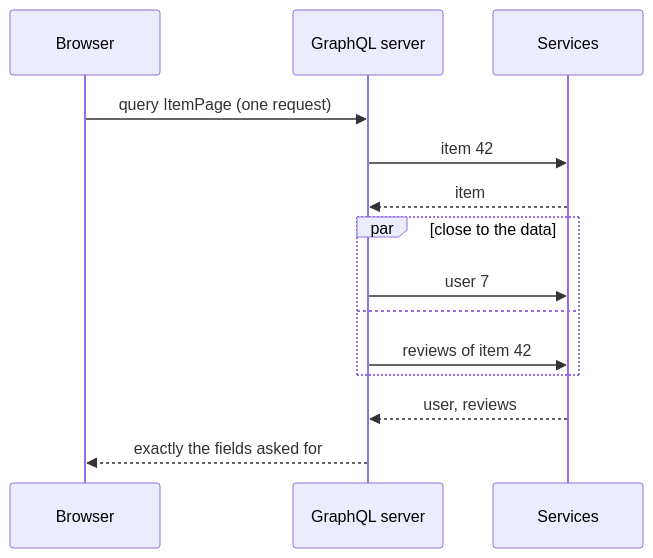
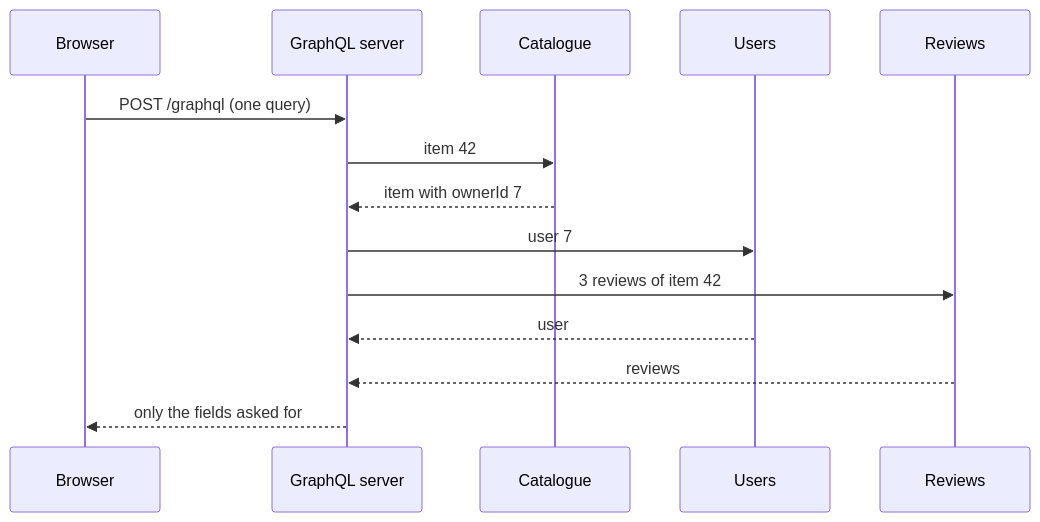
Before and after one commit to christiansany/cas-fee-26-frontend-challenges: the third of 5 diagrams in topics/graphql-vs-rest/README.md, drawn with Mermaid. The commit also changed other lines of this file and 8 other files, not shown here.

````diff
--- a/topics/graphql-vs-rest/README.md
+++ b/topics/graphql-vs-rest/README.md
@@ -170,16 +68,16 @@
 ```mermaid
 sequenceDiagram
     participant B as Browser
     participant G as GraphQL server
-    participant S as Services
-    B->>G: query ItemPage (one request)
-    G->>S: item 42
-    S-->>G: item
-    par close to the data
-        G->>S: user 7
-    and
-        G->>S: reviews of item 42
-    end
-    S-->>G: user, reviews
-    G-->>B: exactly the fields asked for
+    participant C as Catalogue
+    participant U as Users
+    participant R as Reviews
+    B->>G: POST /graphql (one query)
+    G->>C: item 42
+    C-->>G: item with ownerId 7
+    G->>U: user 7
+    G->>R: 3 reviews of item 42
+    U-->>G: user
+    R-->>G: reviews
+    G-->>B: only the fields asked for
 ```
````
